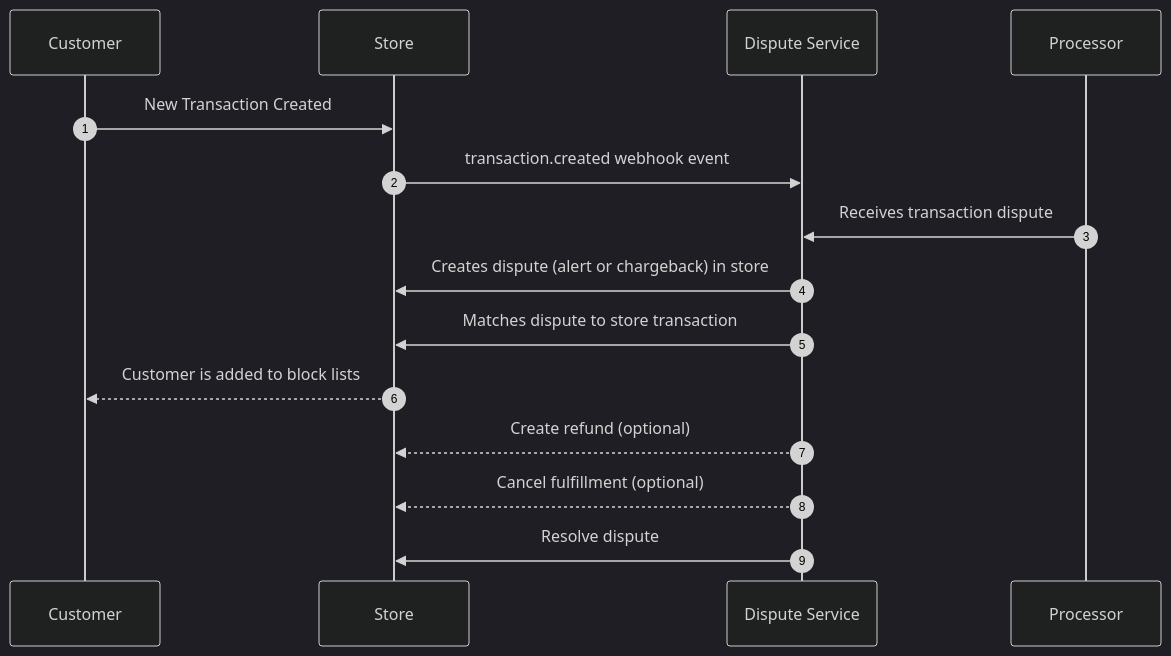
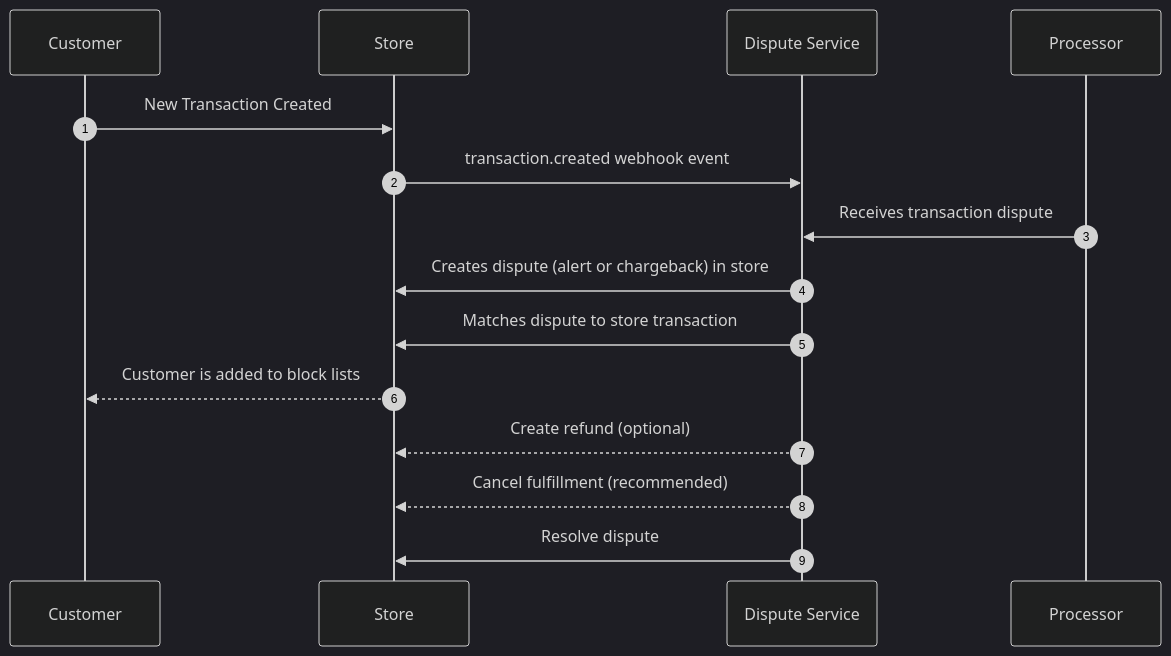
Before and after one commit to 29next/developer-docs: the diagram in docs/apps/guides/dispute-service.md, drawn with Mermaid (dark theme). The commit also changed other lines of this file and 1 other file, not shown here.

````diff
--- a/docs/apps/guides/dispute-service.md
+++ b/docs/apps/guides/dispute-service.md
@@ -29,13 +29,13 @@
 ``` mermaid
 sequenceDiagram
   autonumber
   Customer->>Store: New Transaction Created
   Store->>Dispute Service: transaction.created webhook event
   Processor->>Dispute Service: Receives transaction dispute
   Dispute Service->>Store: Creates dispute (alert or chargeback) in store
   Dispute Service->>Store: Matches dispute to store transaction
   Store-->>Customer: Customer is added to block lists
   Dispute Service-->>Store: Create refund (optional)
-  Dispute Service-->>Store: Cancel fulfillment (optional)
+  Dispute Service-->>Store: Cancel fulfillment (recommended)
   Dispute Service->>Store: Resolve dispute
 ```
````
